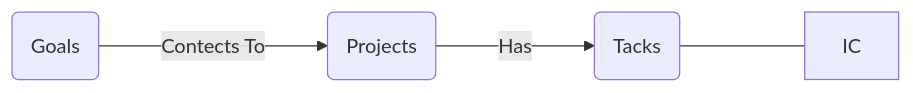
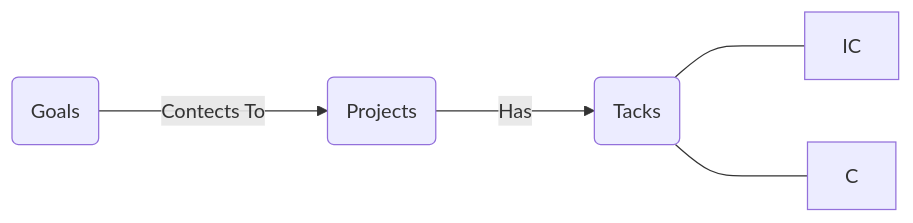
Before and after one commit to JerryOh/iodraw-files: the diagram in all/未命名-2.md, drawn with Mermaid.

Commit message:
2024-06-06 23:56:10 update

````diff
--- a/all/未命名-2.md
+++ b/all/未命名-2.md
@@ -1,6 +1,6 @@
 ```mermaid
 flowchart LR
 G(Goals) ---> |Contects To| P(Projects)
 P ---> |Has| PT(Tacks)
-PT ---- IC
+PT ---- IC & C
 ```
````
